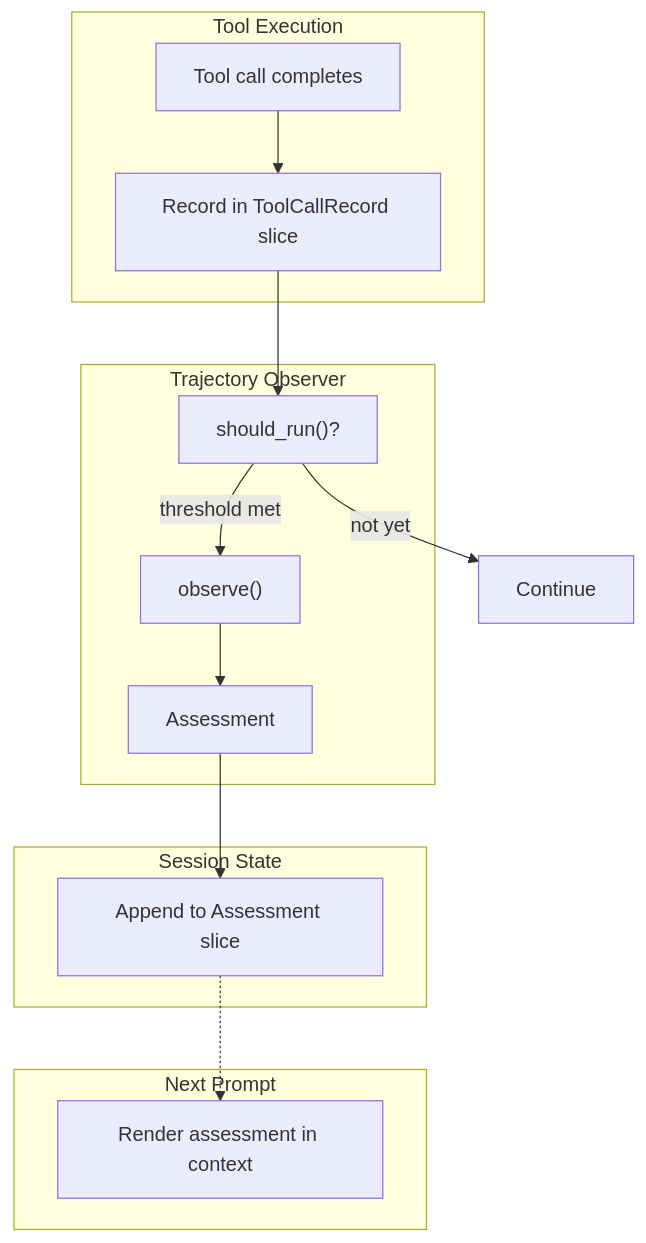
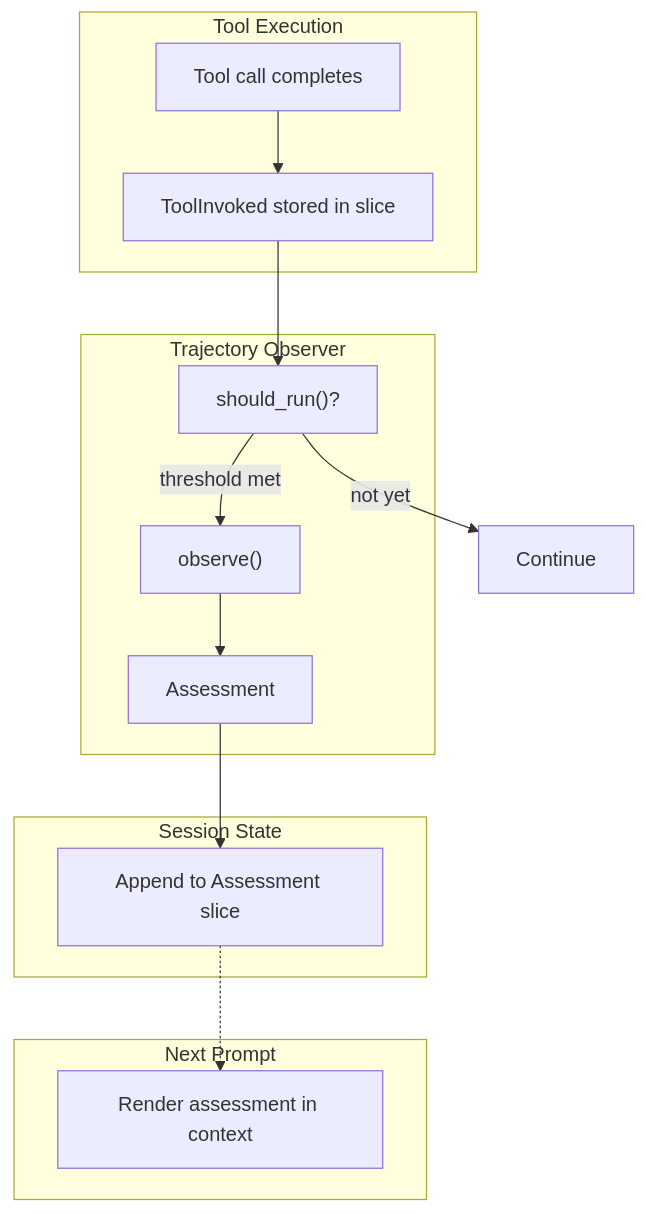
Before and after one commit to weakincentives/weakincentives: the diagram in specs/TRAJECTORY_OBSERVERS.md, drawn with Mermaid. The commit also changed other lines of this file, not shown here.

First line of the commit message:
Use existing ToolInvoked event instead of new ToolCallRecord

````diff
--- a/specs/TRAJECTORY_OBSERVERS.md
+++ b/specs/TRAJECTORY_OBSERVERS.md
@@ -23,29 +23,29 @@
 ```mermaid
 flowchart TB
     subgraph ToolExecution["Tool Execution"]
         Call["Tool call completes"]
-        Record["Record in ToolCallRecord slice"]
+        Record["ToolInvoked stored in slice"]
     end
 
     subgraph Observer["Trajectory Observer"]
         Trigger["should_run()?"]
         Observe["observe()"]
         Assess["Assessment"]
     end
 
     subgraph Session["Session State"]
         Store["Append to Assessment slice"]
     end
 
     subgraph Prompt["Next Prompt"]
         Inject["Render assessment in context"]
     end
 
     Call --> Record
     Record --> Trigger
     Trigger -->|threshold met| Observe
     Trigger -->|not yet| Done["Continue"]
     Observe --> Assess
     Assess --> Store
     Store -.-> Inject
 ```
````
